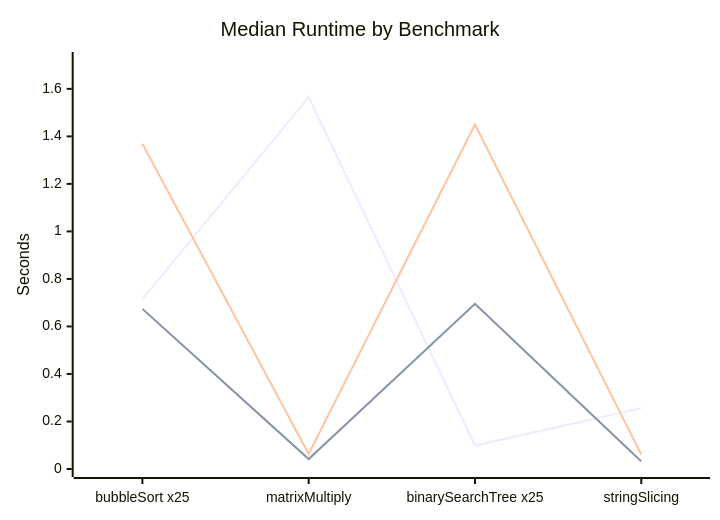
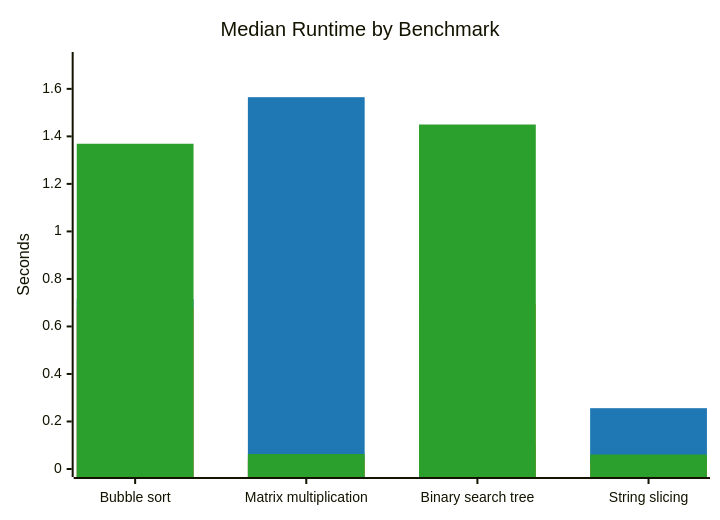
One commit to GiavaScript/GiavaScript changed the diagram in README.md. Above: the diagram before and after it, drawn with Mermaid. The commit also changed other lines of this file and 1 other file, not shown here.

Commit message:
bars chart and human readable labels

````diff
--- a/README.md
+++ b/README.md
@@ -77,9 +77,15 @@
 ```mermaid
+---
+config:
+  themeVariables:
+    xyChart:
+      plotColorPalette: "#1f77b4, #ff7f0e, #2ca02c"
+---
 xychart-beta
     title "Median Runtime by Benchmark"
-    x-axis ["bubbleSort x25", "matrixMultiply", "binarySearchTree x25", "stringSlicing"]
+    x-axis ["Bubble sort", "Matrix multiplication", "Binary search tree", "String slicing"]
     y-axis "Seconds" 0 --> 1.7215
-    line "GiavaScript" [0.715, 1.565, 0.099, 0.256]
-    line "Node LTS v24.15.0" [0.674, 0.042, 0.695, 0.032]
-    line "Node 0.12.18" [1.369, 0.063, 1.45, 0.061]
+    bar [0.715, 1.565, 0.099, 0.256]
+    bar [0.674, 0.042, 0.695, 0.032]
+    bar [1.369, 0.063, 1.45, 0.061]
 ```
````
